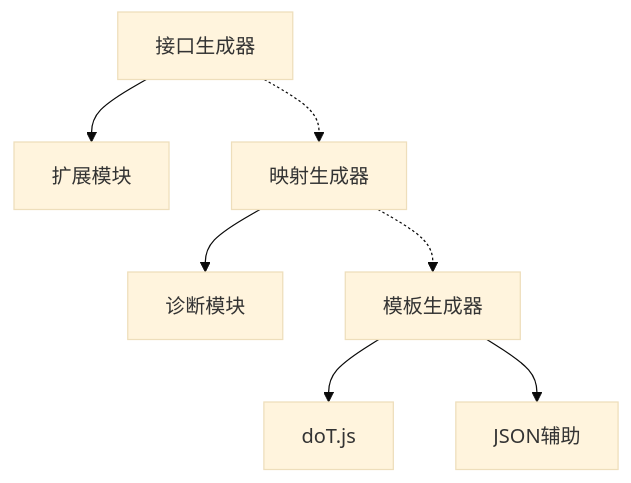
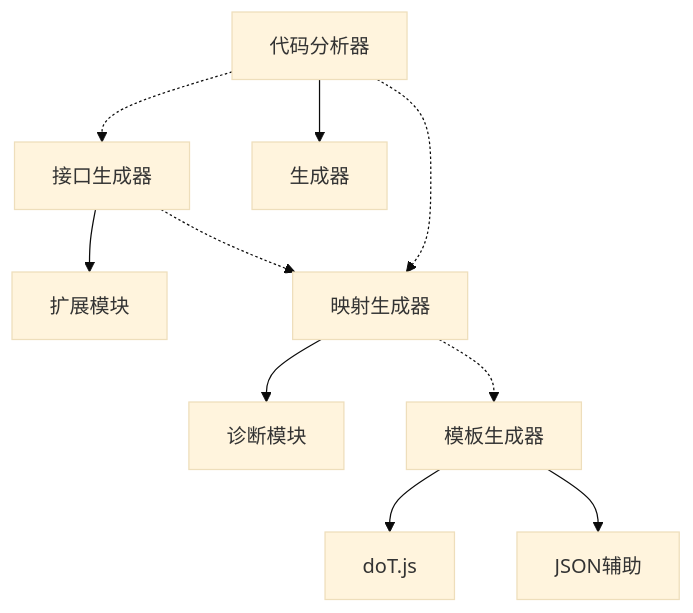
Before and after one commit to alivy/AutoCode: the eighth of 8 diagrams in .qoder/repowiki/zh/content/项目概述.md, drawn with Mermaid (base theme). The commit also changed other lines of this file and 29 other files, not shown here.

````diff
--- a/.qoder/repowiki/zh/content/项目概述.md
+++ b/.qoder/repowiki/zh/content/项目概述.md
@@ -346,9 +428,12 @@
 ```mermaid
 graph TB
 IFGEN["接口生成器"] --> EXT["扩展模块"]
 MAPGEN["映射生成器"] --> DIAG["诊断模块"]
 TPLGEN["模板生成器"] --> DOJ["doT.js"]
 TPLGEN --> JSONH["JSON辅助"]
+ANALYZERS["代码分析器"] --> GEN["生成器"]
 IFGEN -.-> MAPGEN
 MAPGEN -.-> TPLGEN
+ANALYZERS -.-> IFGEN
+ANALYZERS -.-> MAPGEN
 ```
````
